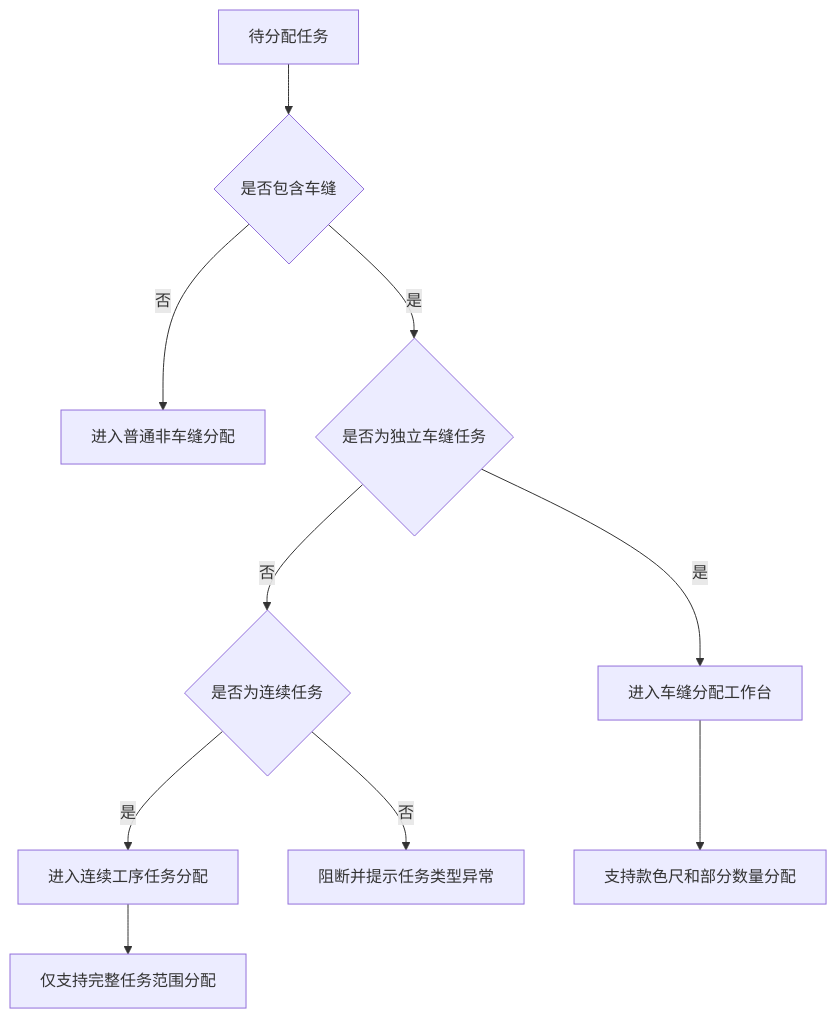
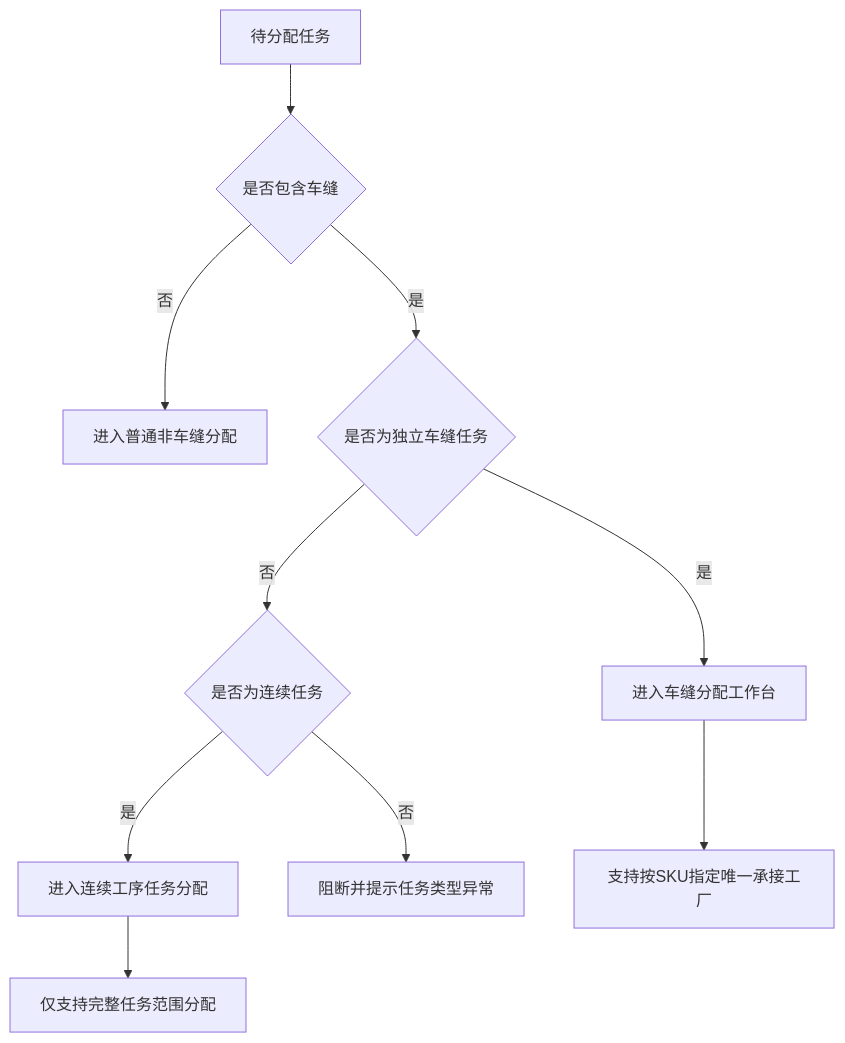
One commit to laoertongxue/higoods changed the second of 12 diagrams in docs/product-design/含车缝任务交付与回货时效产品需求文档.md. Above: the diagram before and after it, drawn with Mermaid. The commit also changed other lines of this file and 1 other file, not shown here.

````diff
--- a/docs/product-design/含车缝任务交付与回货时效产品需求文档.md
+++ b/docs/product-design/含车缝任务交付与回货时效产品需求文档.md
@@ -219,12 +220,12 @@
 ```mermaid
 flowchart TD
   A["待分配任务"] --> B{"是否包含车缝"}
   B -->|否| C["进入普通非车缝分配"]
   B -->|是| D{"是否为独立车缝任务"}
   D -->|是| E["进入车缝分配工作台"]
   D -->|否| F{"是否为连续任务"}
   F -->|是| G["进入连续工序任务分配"]
   F -->|否| H["阻断并提示任务类型异常"]
-  E --> I["支持款色尺和部分数量分配"]
+  E --> I["支持按SKU指定唯一承接工厂"]
   G --> J["仅支持完整任务范围分配"]
 ```
````
